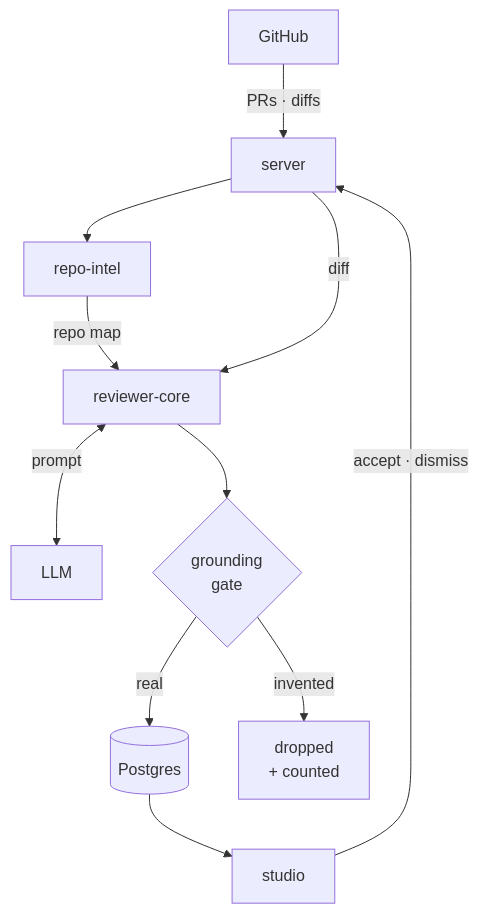
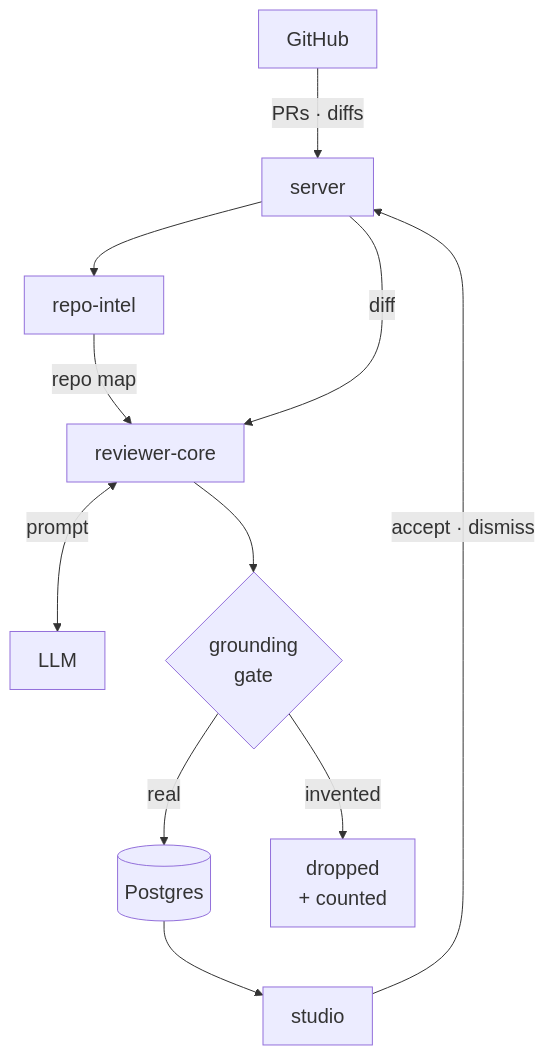
One commit to AIengineerDev/dev-digest changed the first of 2 diagrams in README.md. Above: the diagram before and after it, drawn with Mermaid. The commit also changed other lines of this file, not shown here.

Commit message:
docs(readme): size the diagrams by font, not by label length
Shortening labels made the diagrams smaller, not larger: mermaid renders an
SVG at its natural size, and narrower boxes mean a narrower picture. Font size
and node spacing are the levers that actually change how large it draws, so
both diagrams now set them explicitly — 20px, from a default of 16.

````diff
--- a/README.md
+++ b/README.md
@@ -61,13 +61,14 @@
 ```mermaid
+%%{init: {"themeVariables": {"fontSize": "20px"}, "flowchart": {"nodeSpacing": 60, "rankSpacing": 60, "padding": 14}}}%%
 flowchart TB
   GH["GitHub"] -->|"PRs · diffs"| API["server"]
   API --> IDX["repo-intel"]
   IDX -->|"repo map"| ENG["reviewer-core"]
   API -->|"diff"| ENG
   ENG <-->|"prompt"| LLM["LLM"]
   ENG --> GATE{"grounding<br/>gate"}
   GATE -->|"real"| DB[("Postgres")]
   GATE -->|"invented"| DROP["dropped<br/>+ counted"]
   DB --> WEB["studio"]
   WEB -->|"accept · dismiss"| API
 ```
````
